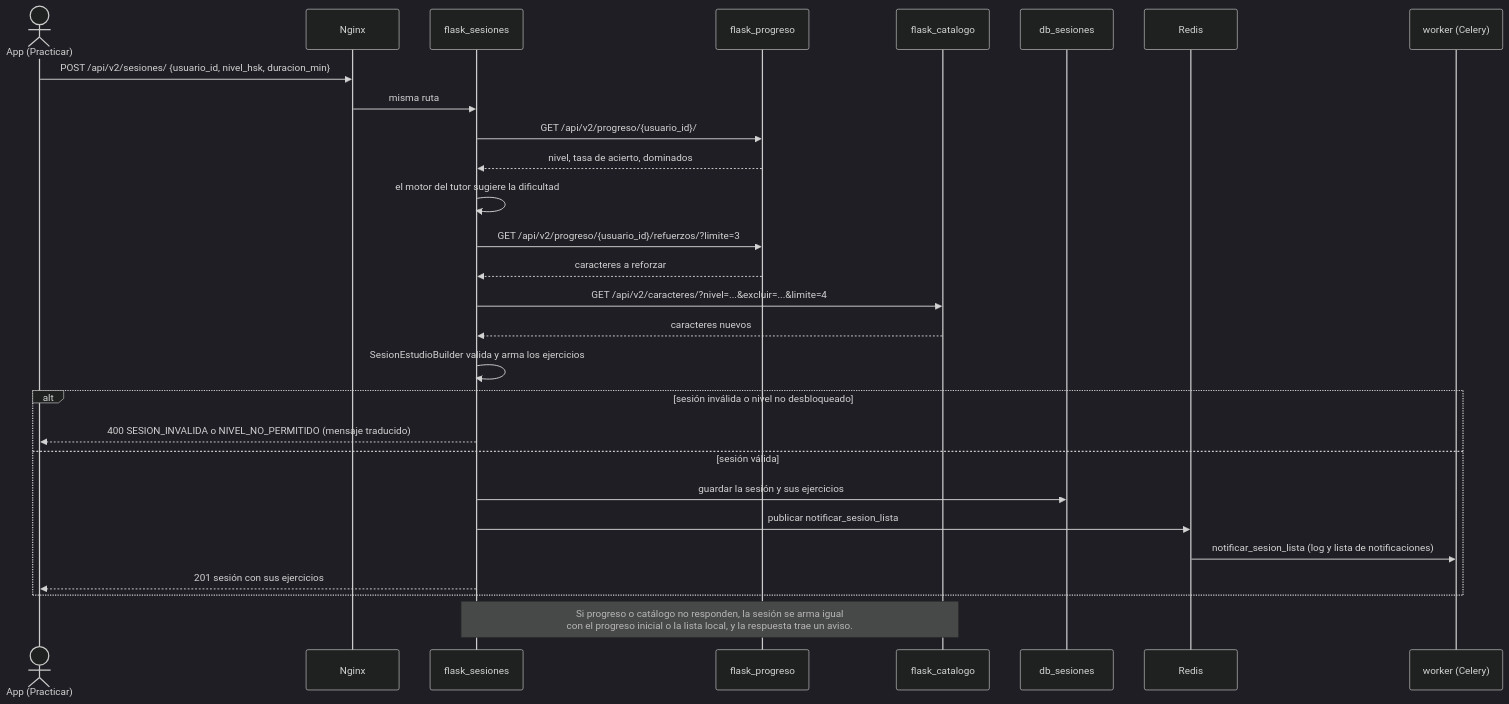
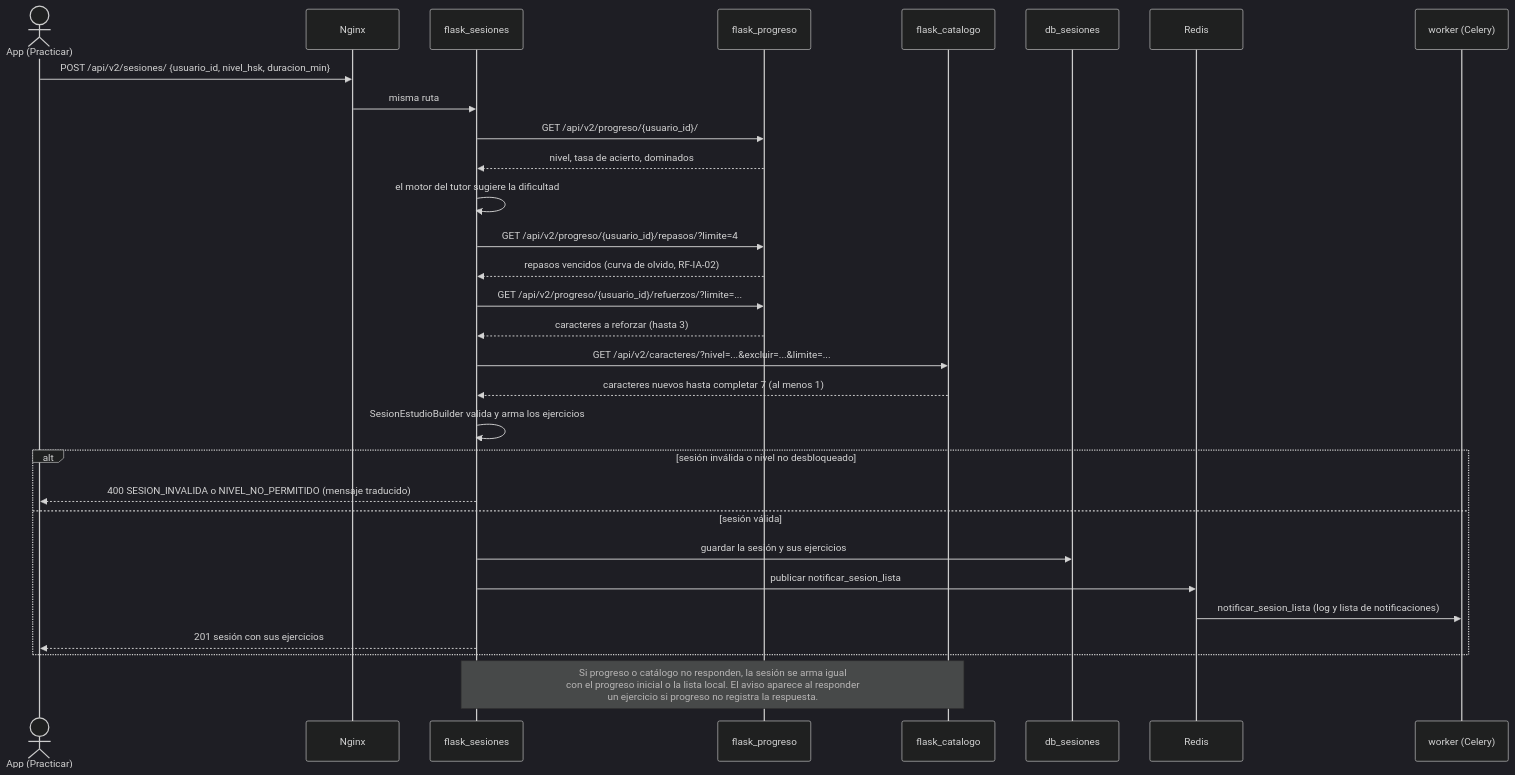
The fifth of 9 diagrams in docs/wiki/Entrega-II.md (jalvarez01/HanZi-Mentor), drawn with Mermaid (dark theme) before and after one commit. The commit also changed other lines of this file, not shown here.

Commit message:
docs(wiki): aviso y repasos en la secuencia de sesion, flecha tutor a contenido

````diff
--- a/docs/wiki/Entrega-II.md
+++ b/docs/wiki/Entrega-II.md
@@ -290,33 +291,35 @@
 ```mermaid
 sequenceDiagram
     actor U as App (Practicar)
     participant N as Nginx
     participant S as flask_sesiones
     participant P as flask_progreso
     participant C as flask_catalogo
     participant DB as db_sesiones
     participant B as Redis
     participant W as worker (Celery)
 
     U->>N: POST /api/v2/sesiones/ {usuario_id, nivel_hsk, duracion_min}
     N->>S: misma ruta
     S->>P: GET /api/v2/progreso/{usuario_id}/
     P-->>S: nivel, tasa de acierto, dominados
     S->>S: el motor del tutor sugiere la dificultad
-    S->>P: GET /api/v2/progreso/{usuario_id}/refuerzos/?limite=3
-    P-->>S: caracteres a reforzar
-    S->>C: GET /api/v2/caracteres/?nivel=...&excluir=...&limite=4
-    C-->>S: caracteres nuevos
+    S->>P: GET /api/v2/progreso/{usuario_id}/repasos/?limite=4
+    P-->>S: repasos vencidos (curva de olvido, RF-IA-02)
+    S->>P: GET /api/v2/progreso/{usuario_id}/refuerzos/?limite=...
+    P-->>S: caracteres a reforzar (hasta 3)
+    S->>C: GET /api/v2/caracteres/?nivel=...&excluir=...&limite=...
+    C-->>S: caracteres nuevos hasta completar 7 (al menos 1)
     S->>S: SesionEstudioBuilder valida y arma los ejercicios
 
     alt sesión inválida o nivel no desbloqueado
         S-->>U: 400 SESION_INVALIDA o NIVEL_NO_PERMITIDO (mensaje traducido)
     else sesión válida
         S->>DB: guardar la sesión y sus ejercicios
         S->>B: publicar notificar_sesion_lista
         B->>W: notificar_sesion_lista (log y lista de notificaciones)
         S-->>U: 201 sesión con sus ejercicios
     end
 
-    Note over S,C: Si progreso o catálogo no responden, la sesión se arma igual<br/>con el progreso inicial o la lista local, y la respuesta trae un aviso.
+    Note over S,C: Si progreso o catálogo no responden, la sesión se arma igual<br/>con el progreso inicial o la lista local. El aviso aparece al responder<br/>un ejercicio si progreso no registra la respuesta.
 ```
````
